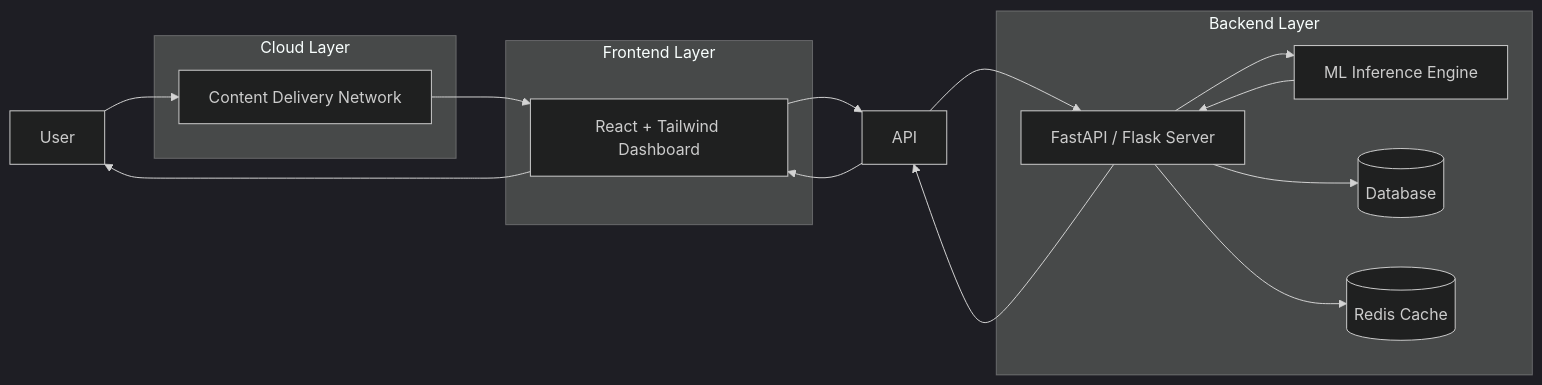
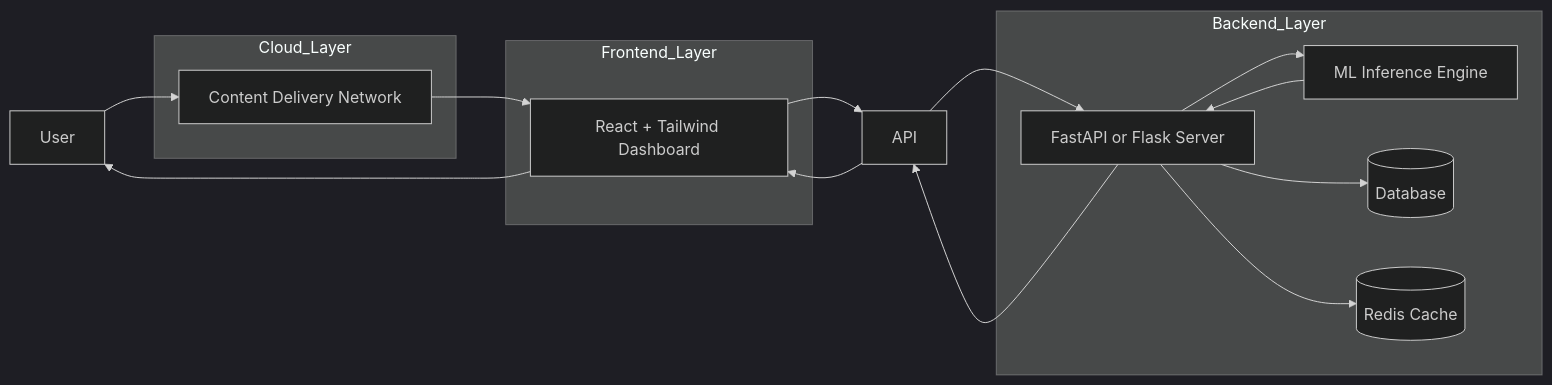
The third of 4 diagrams in README.md (shanky-ux/OrbitXOS), drawn with Mermaid (dark theme) before and after one commit. The commit also changed other lines of this file, not shown here.

````diff
--- a/README.md
+++ b/README.md
@@ -76,30 +76,30 @@
 ```mermaid
 flowchart LR
 
     User --> CDN
     CDN --> Frontend
     Frontend --> API
     API --> Backend
     Backend --> MLModel
     Backend --> Database
     Backend --> Cache
     MLModel --> Backend
     Backend --> API
     API --> Frontend
     Frontend --> User
 
-    subgraph Frontend Layer
+    subgraph Frontend_Layer
         Frontend[React + Tailwind Dashboard]
     end
 
-    subgraph Backend Layer
-        Backend[FastAPI / Flask Server]
+    subgraph Backend_Layer
+        Backend[FastAPI or Flask Server]
         MLModel[ML Inference Engine]
         Database[(Database)]
         Cache[(Redis Cache)]
     end
 
-    subgraph Cloud Layer
+    subgraph Cloud_Layer
         CDN[Content Delivery Network]
     end
 ```
````
